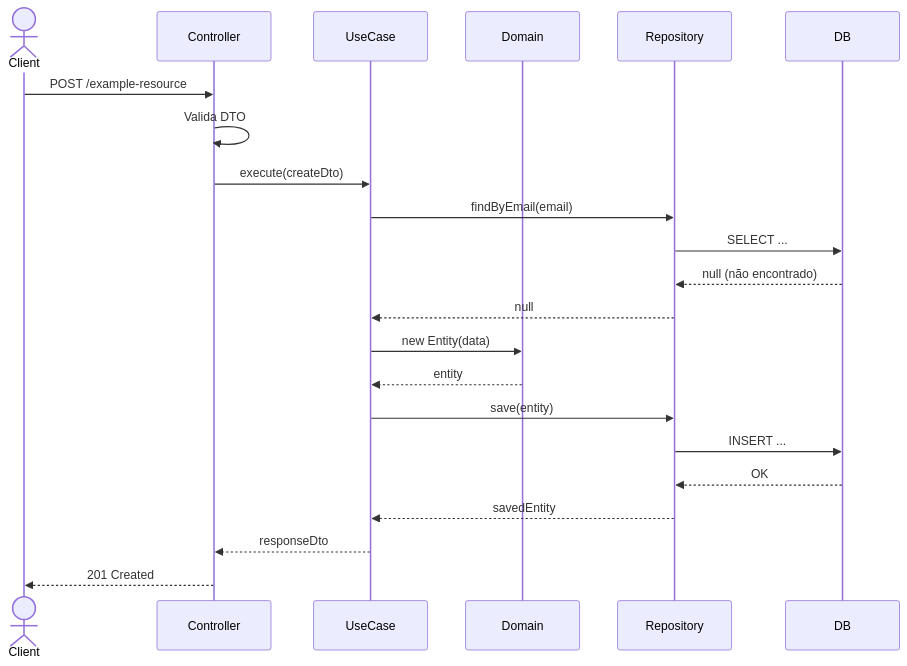
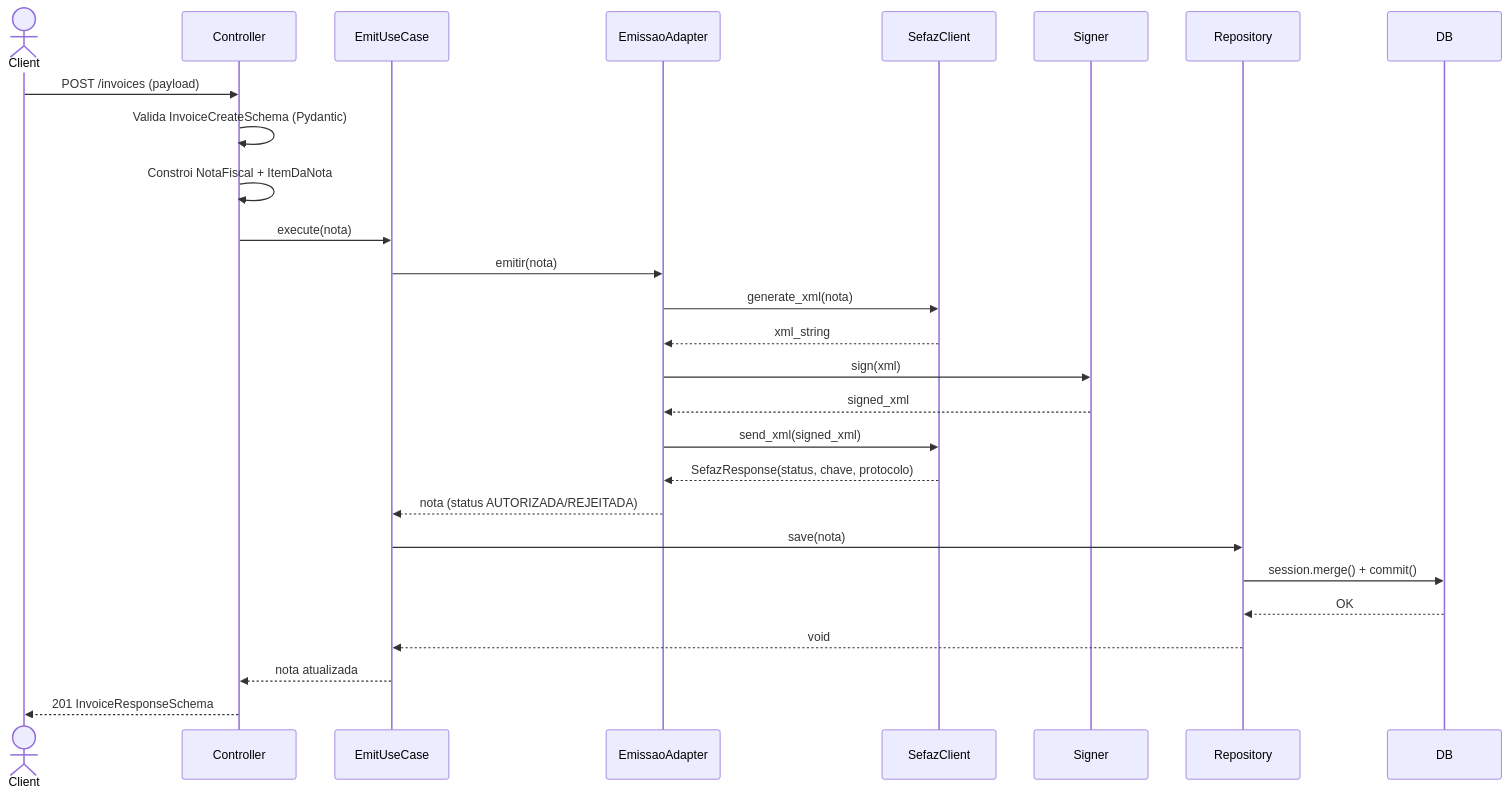
One commit to odevpedro/ecom-invoice-service changed the first of 3 diagrams in docs/system-feature-flows.md. Above: the diagram before and after it, drawn with Mermaid. The commit also changed other lines of this file and 1 other file, not shown here.

````diff
--- a/docs/system-feature-flows.md
+++ b/docs/system-feature-flows.md
@@ -185,25 +223,30 @@
 ```mermaid
 sequenceDiagram
     actor Client
     participant Controller
-    participant UseCase
-    participant Domain
+    participant EmitUseCase
+    participant EmissaoAdapter
+    participant SefazClient
+    participant Signer
     participant Repository
     participant DB
 
-    Client->>Controller: POST /example-resource
-    Controller->>Controller: Valida DTO
-    Controller->>UseCase: execute(createDto)
-    UseCase->>Repository: findByEmail(email)
-    Repository->>DB: SELECT ...
-    DB-->>Repository: null (não encontrado)
-    Repository-->>UseCase: null
-    UseCase->>Domain: new Entity(data)
-    Domain-->>UseCase: entity
-    UseCase->>Repository: save(entity)
-    Repository->>DB: INSERT ...
+    Client->>Controller: POST /invoices (payload)
+    Controller->>Controller: Valida InvoiceCreateSchema (Pydantic)
+    Controller->>Controller: Constroi NotaFiscal + ItemDaNota
+    Controller->>EmitUseCase: execute(nota)
+    EmitUseCase->>EmissaoAdapter: emitir(nota)
+    EmissaoAdapter->>SefazClient: generate_xml(nota)
+    SefazClient-->>EmissaoAdapter: xml_string
+    EmissaoAdapter->>Signer: sign(xml)
+    Signer-->>EmissaoAdapter: signed_xml
+    EmissaoAdapter->>SefazClient: send_xml(signed_xml)
+    SefazClient-->>EmissaoAdapter: SefazResponse(status, chave, protocolo)
+    EmissaoAdapter-->>EmitUseCase: nota (status AUTORIZADA/REJEITADA)
+    EmitUseCase->>Repository: save(nota)
+    Repository->>DB: session.merge() + commit()
     DB-->>Repository: OK
-    Repository-->>UseCase: savedEntity
-    UseCase-->>Controller: responseDto
-    Controller-->>Client: 201 Created
+    Repository-->>EmitUseCase: void
+    EmitUseCase-->>Controller: nota atualizada
+    Controller-->>Client: 201 InvoiceResponseSchema
 ```
````
